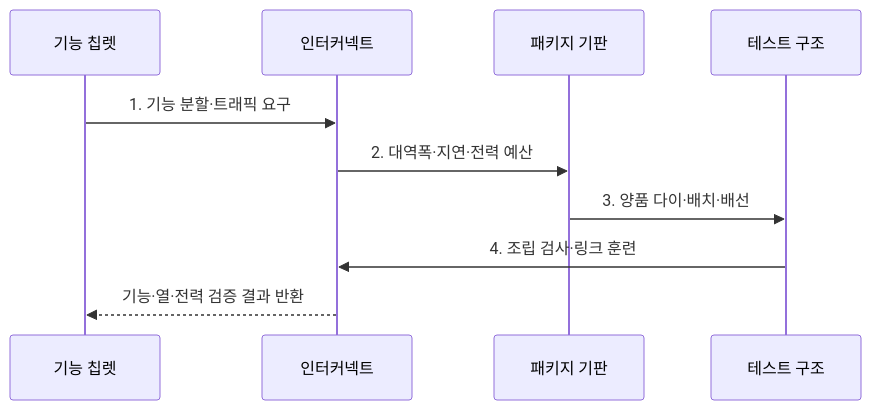
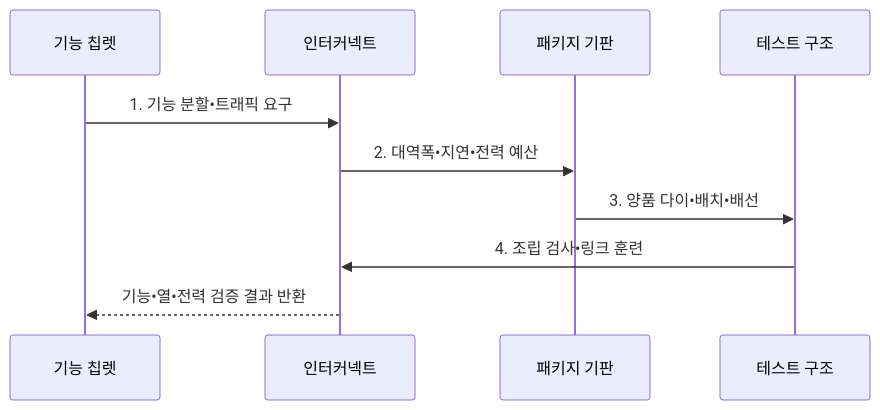
One commit to agnusdei1207/knowledge-base changed the second of 2 diagrams in src/content/docs/notes/08-latest-tech/148_chiplet.md. Above: the diagram before and after it, drawn with Mermaid. The commit also changed other lines of this file and 953 other files, not shown here.

````diff
--- a/src/content/docs/notes/08-latest-tech/148_chiplet.md
+++ b/src/content/docs/notes/08-latest-tech/148_chiplet.md
@@ -109,12 +109,12 @@
 ```mermaid
 sequenceDiagram
   participant C as 기능 칩렛
   participant I as 인터커넥트
   participant P as 패키지 기판
   participant T as 테스트 구조
-  C->>I: 1. 기능 분할·트래픽 요구
-  I->>P: 2. 대역폭·지연·전력 예산
-  P->>T: 3. 양품 다이·배치·배선
-  T->>I: 4. 조립 검사·링크 훈련
-  I-->>C: 기능·열·전력 검증 결과 반환
+  C->>I: 1. 기능 분할•트래픽 요구
+  I->>P: 2. 대역폭•지연•전력 예산
+  P->>T: 3. 양품 다이•배치•배선
+  T->>I: 4. 조립 검사•링크 훈련
+  I-->>C: 기능•열•전력 검증 결과 반환
 ```
````
